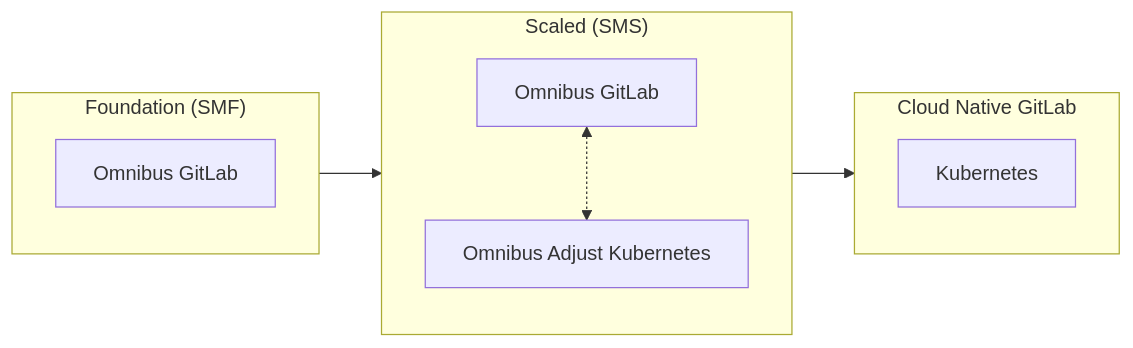
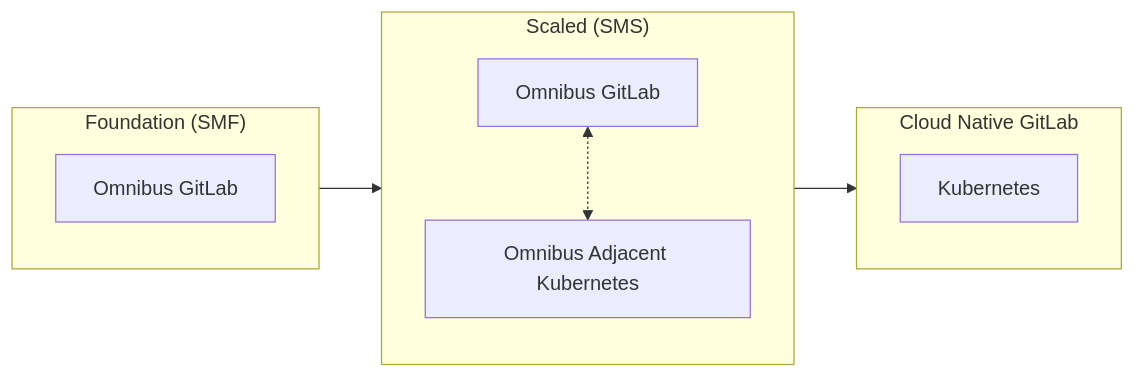
Before and after one commit to zalyoung/gitlab-handbook: the first of 5 diagrams in content/handbook/engineering/architecture/design-documents/selfmanaged_segmentation/_index.md, drawn with Mermaid. The commit also changed other lines of this file, not shown here.

````diff
--- a/content/handbook/engineering/architecture/design-documents/selfmanaged_segmentation/_index.md
+++ b/content/handbook/engineering/architecture/design-documents/selfmanaged_segmentation/_index.md
@@ -159,21 +159,21 @@
 ```mermaid
 %%{ init: { 'flowchart': { 'curve': 'linear' } } }%%
 flowchart LR
   subgraph foundation["Foundation (SMF)"]
     obglf["Omnibus GitLab"]
   end
 
   subgraph SMS["Scaled (SMS)"]
     direction TB
     obgls[Omnibus GitLab]
-    oak[Omnibus Adjust Kubernetes]
+    oak[Omnibus Adjacent Kubernetes]
     obgls <-.-> oak
   end
 
   subgraph cng["Cloud Native GitLab"]
     Kubernetes
   end
 
   foundation --> SMS
   SMS --> cng
 ```
````
